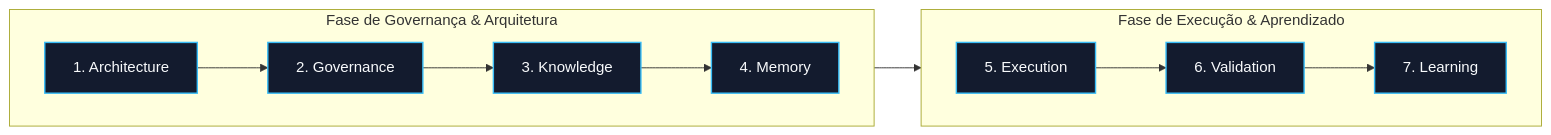
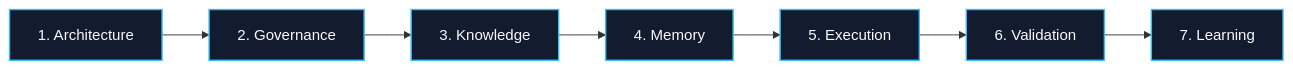
Before and after one commit to EnterDufter/PromptCoreLabs_AEOS: the first of 5 diagrams in governance/operating-model.md, drawn with Mermaid. The commit also changed other lines of this file and 1 other file, not shown here.

Commit message:
fix(rendering): restaura orientacao horizontal limpa (graph LR) e remove max-height artificial do CSS para legibilidade perfeita no Web, Mobile e PDF

````diff
--- a/governance/operating-model.md
+++ b/governance/operating-model.md
@@ -50,15 +46,6 @@
 ```mermaid
 graph LR
     classDef step fill:#131b2e,stroke:#38bdf8,stroke-width:1.5px,color:#f8fafc;
     
-    subgraph R1["Fase de Governança & Arquitetura"]
-        direction LR
-        A["1. Architecture"]:::step --> B["2. Governance"]:::step --> C["3. Knowledge"]:::step --> D["4. Memory"]:::step
-    end
-    subgraph R2["Fase de Execução & Aprendizado"]
-        direction LR
-        E["5. Execution"]:::step --> F["6. Validation"]:::step --> G["7. Learning"]:::step
-    end
-
-    R1 --> R2
+    A["1. Architecture"]:::step --> B["2. Governance"]:::step --> C["3. Knowledge"]:::step --> D["4. Memory"]:::step --> E["5. Execution"]:::step --> F["6. Validation"]:::step --> G["7. Learning"]:::step
 ```
````
